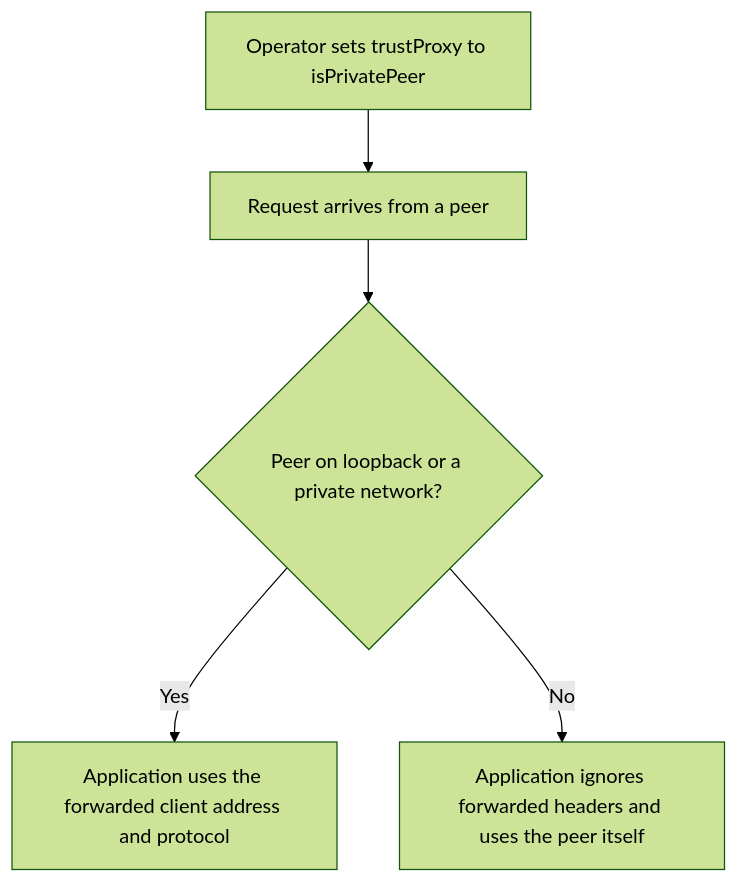
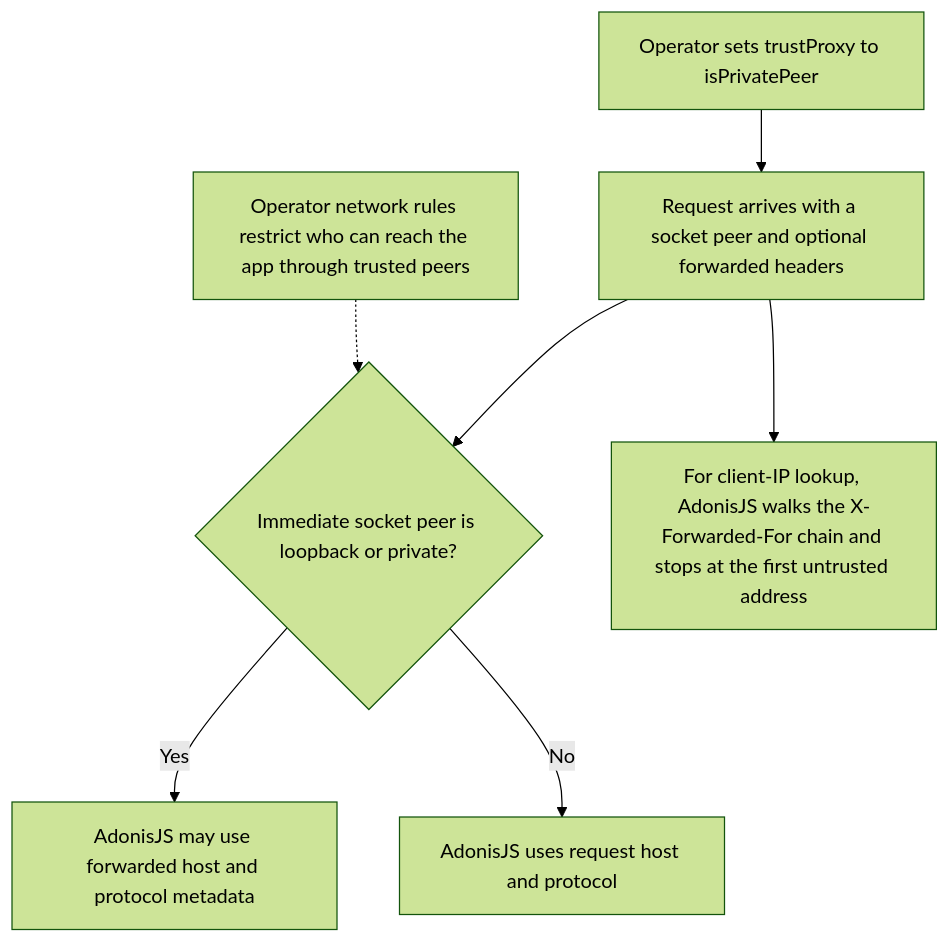
One commit to Kevinjohn/oss-adonisjs-origin-guard changed the first of 2 diagrams in user-stories/US-ORIGIN-04-trust-private-proxy.md. Above: the diagram before and after it, drawn with Mermaid (forest theme). The commit also changed other lines of this file and 1 other file, not shown here.

Commit message:
docs: explain proxy trust boundaries

````diff
--- a/user-stories/US-ORIGIN-04-trust-private-proxy.md
+++ b/user-stories/US-ORIGIN-04-trust-private-proxy.md
@@ -24,7 +26,9 @@
 ```mermaid
 flowchart TD
-    A["Operator sets trustProxy to isPrivatePeer"] --> B["Request arrives from a peer"]
-    B --> C{"Peer on loopback or a private network?"}
-    C -->|Yes| D["Application uses the forwarded client address and protocol"]
-    C -->|No| E["Application ignores forwarded headers and uses the peer itself"]
+    A["Operator sets trustProxy to isPrivatePeer"] --> B["Request arrives with a socket peer and optional forwarded headers"]
+    B --> C{"Immediate socket peer is loopback or private?"}
+    C -->|Yes| D["AdonisJS may use forwarded host and protocol metadata"]
+    C -->|No| E["AdonisJS uses request host and protocol"]
+    B --> F["For client-IP lookup, AdonisJS walks the X-Forwarded-For chain and stops at the first untrusted address"]
+    G["Operator network rules restrict who can reach the app through trusted peers"] -.-> C
 ```
````
